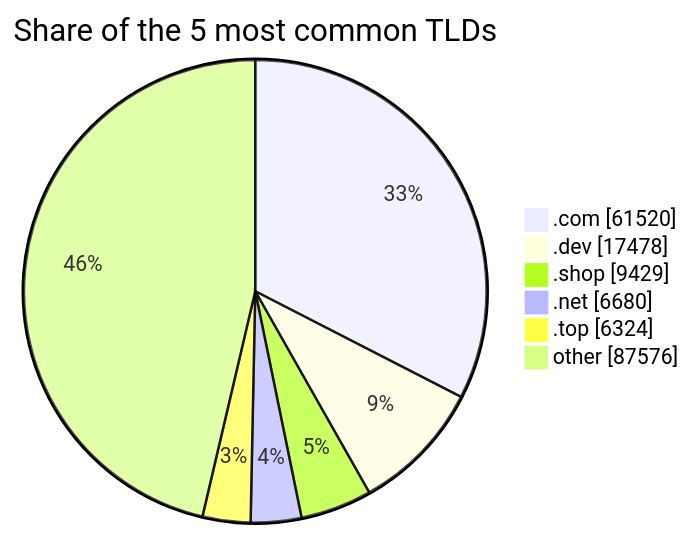
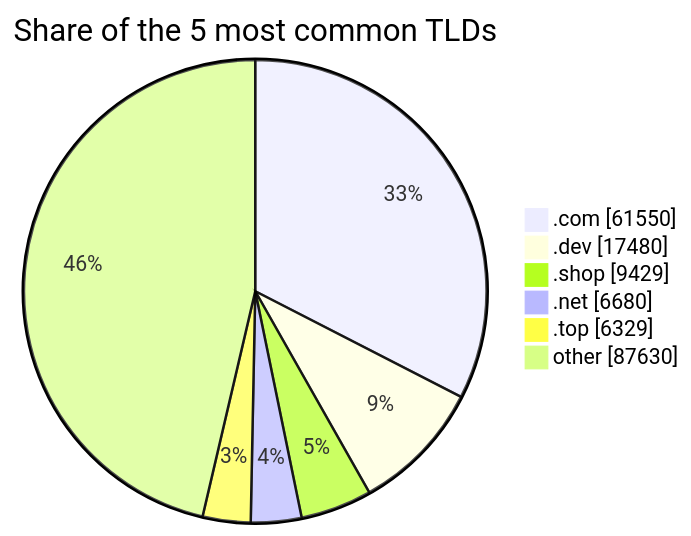
The third of 3 diagrams in README.md (DNSBunker/CTI), drawn with Mermaid before and after one commit. The commit also changed other lines of this file and 3 other files, not shown here.

````diff
--- a/README.md
+++ b/README.md
@@ -81,9 +81,9 @@
 ```mermaid
 pie showData title Share of the 5 most common TLDs
-    ".com" : 61520
-    ".dev" : 17478
+    ".com" : 61550
+    ".dev" : 17480
     ".shop" : 9429
     ".net" : 6680
-    ".top" : 6324
-    "other" : 87576
+    ".top" : 6329
+    "other" : 87630
 ```
````
